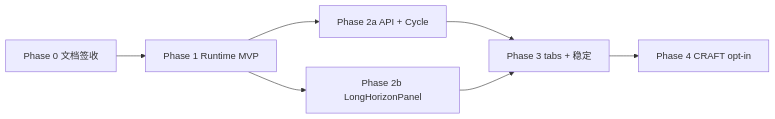
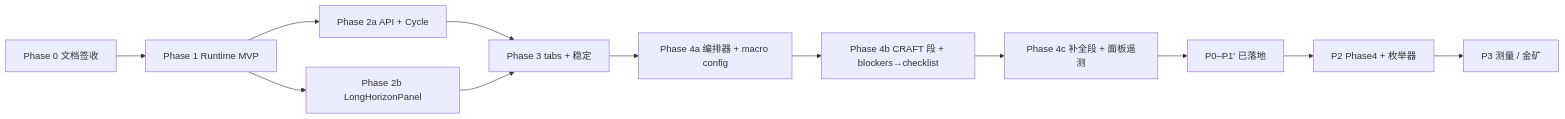
The fourth of 4 diagrams in docs/harness/LONG_HORIZON_CODE_TASKS.md (didclawapp-ai/zagens), drawn with Mermaid before and after one commit. The commit also changed other lines of this file and 71 other files, not shown here.

````diff
--- a/docs/harness/LONG_HORIZON_CODE_TASKS.md
+++ b/docs/harness/LONG_HORIZON_CODE_TASKS.md
@@ -1107,9 +1402,14 @@
 ```mermaid
 flowchart LR
   P0[Phase 0 文档签收] --> P1[Phase 1 Runtime MVP]
   P1 --> P2a[Phase 2a API + Cycle]
   P1 --> P2b[Phase 2b LongHorizonPanel]
   P2a --> P3[Phase 3 tabs + 稳定]
   P2b --> P3
-  P3 --> P4[Phase 4 CRAFT opt-in]
+  P3 --> P4a[Phase 4a 编排器 + macro config]
+  P4a --> P4b[Phase 4b CRAFT 段 + blockers→checklist]
+  P4b --> P4c[Phase 4c 补全段 + 面板遥测]
+  P4c --> Iter0[P0–P1′ 已落地]
+  Iter0 --> Iter2[P2 Phase4 + 枚举器]
+  Iter2 --> Iter3[P3 测量 / 金矿]
 ```
````
